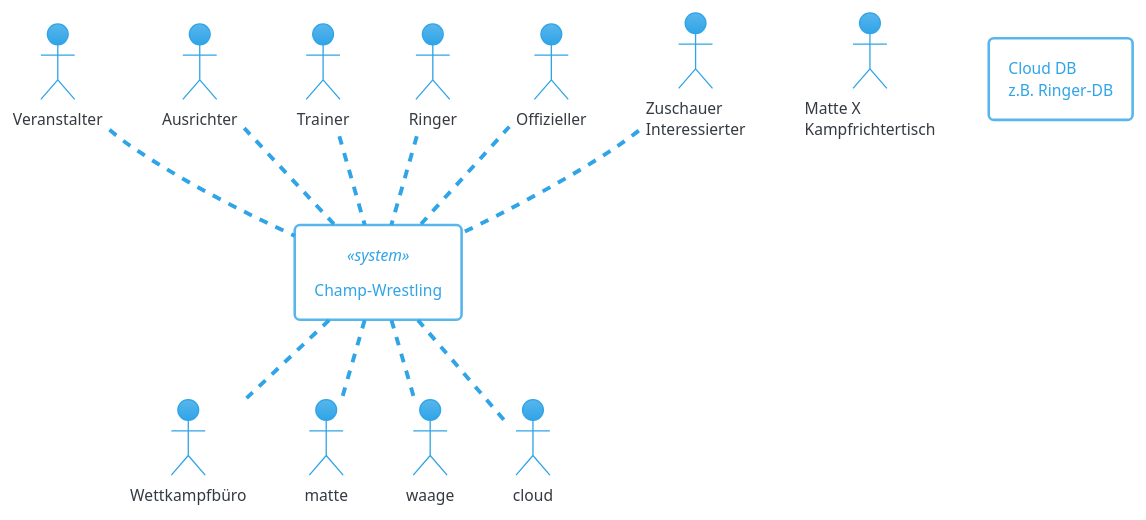
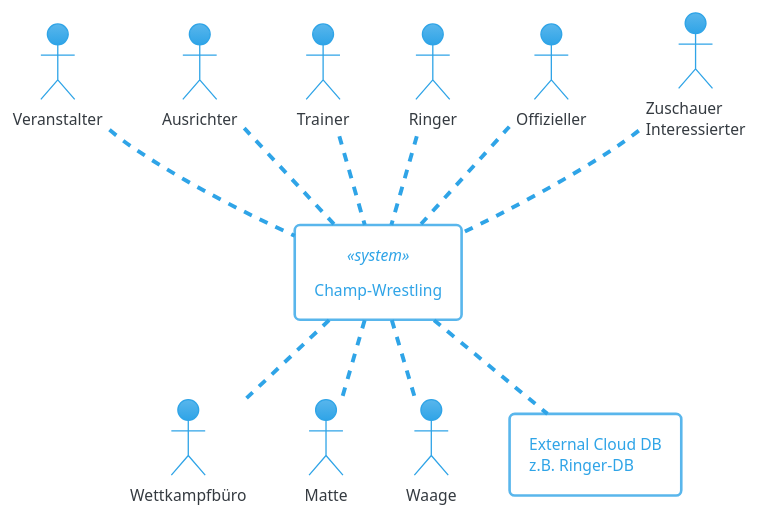
One commit to 8biz/playground changed the diagram in champ-context.plantuml. Above: the diagram before and after it, drawn with PlantUML.

Commit message:
Update champ-context.plantuml
Reworked naming

```diff
--- a/champ-context.plantuml
+++ b/champ-context.plantuml
@@ -1,29 +1,30 @@
 @startuml
 !theme cerulean
 
 Rectangle "Champ-Wrestling" <<system>> as system
 Actor "Veranstalter" as veranstalter
 Actor "Ausrichter" as ausrichter
 Actor "Wettkampfbüro" as wkb
-Actor "Matte X\nKampfrichtertisch" as krt
+Actor "Matte" as matte
+Actor "Waage" as waage
 Actor "Trainer" as trainer
 Actor "Ringer" as ringer
 Actor "Offizieller" as offical
 Actor "Zuschauer\nInteressierter" as follower
-Rectangle "Cloud DB\nz.B. Ringer-DB"
+Rectangle "External Cloud DB\nz.B. Ringer-DB" as cloud
 
 veranstalter .do. system
 ausrichter .do. system
 offical .do. system
 
 trainer .do. system
 ringer .do. system
 follower .do. system
 
 wkb .up. system
 matte .up. system
 waage .up. system
 
 cloud .up. system
 
 @enduml
```
